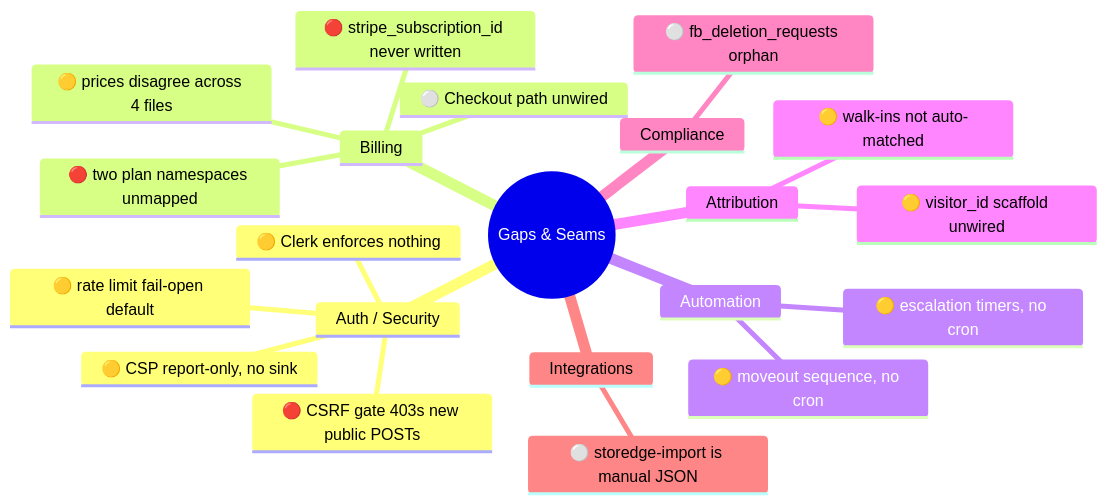
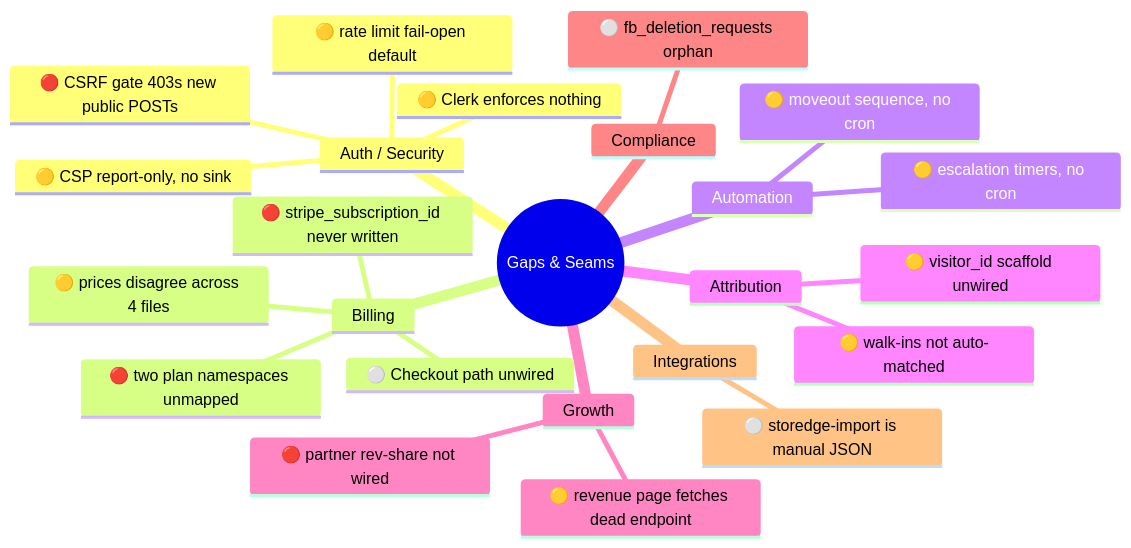
Before and after one commit to conceptsdeveloped/stowstack-next: the diagram in docs/systems/13-gaps-and-seams.md, drawn with Mermaid. The commit also changed other lines of this file and 10 other files, not shown here.

First line of the commit message:
docs(systems): add intelligence/growth maps (14-17) + architecture map

````diff
--- a/docs/systems/13-gaps-and-seams.md
+++ b/docs/systems/13-gaps-and-seams.md
@@ -11,24 +11,27 @@
 ```mermaid
 mindmap
   root((Gaps & Seams))
     Auth / Security
       🔴 CSRF gate 403s new public POSTs
       🟡 Clerk enforces nothing
       🟡 CSP report-only, no sink
       🟡 rate limit fail-open default
     Billing
       🔴 stripe_subscription_id never written
       🔴 two plan namespaces unmapped
       🟡 prices disagree across 4 files
       ⚪ Checkout path unwired
     Automation
       🟡 escalation timers, no cron
       🟡 moveout sequence, no cron
     Attribution
       🟡 visitor_id scaffold unwired
       🟡 walk-ins not auto-matched
+    Growth
+      🔴 partner rev-share not wired
+      🟡 revenue page fetches dead endpoint
     Compliance
       ⚪ fb_deletion_requests orphan
     Integrations
       ⚪ storedge-import is manual JSON
 ```
````
